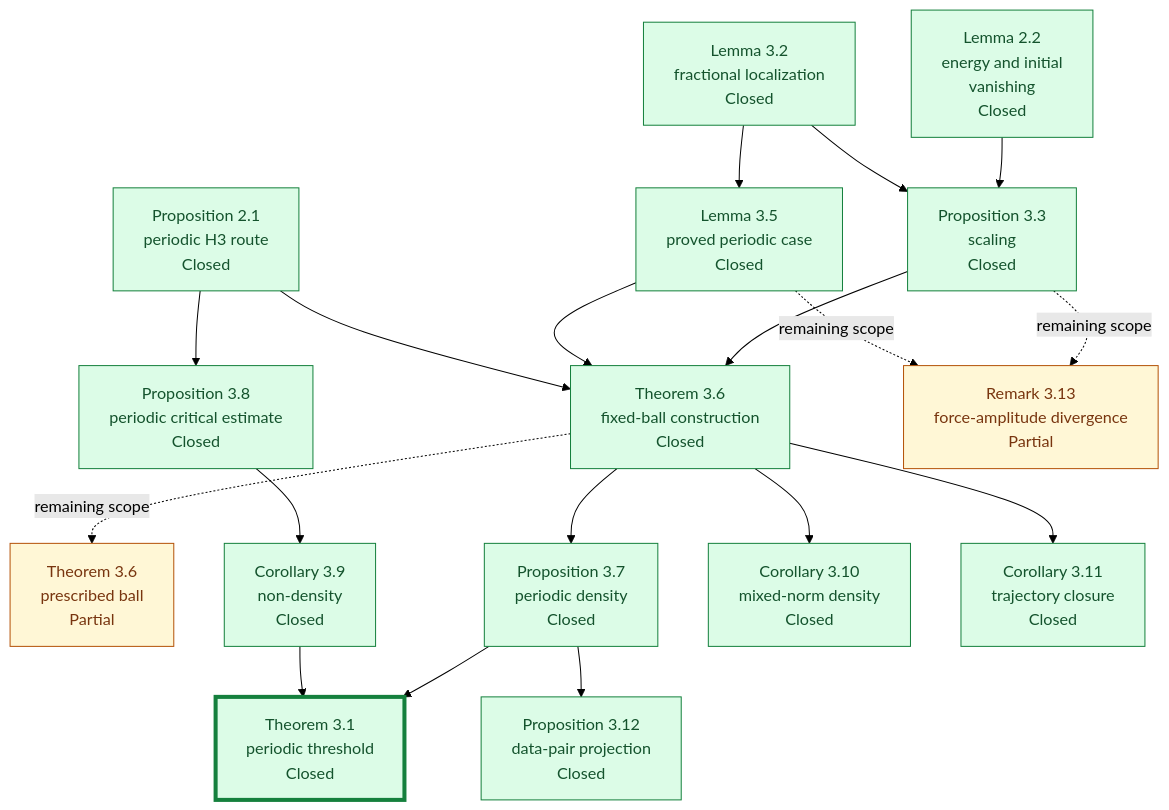
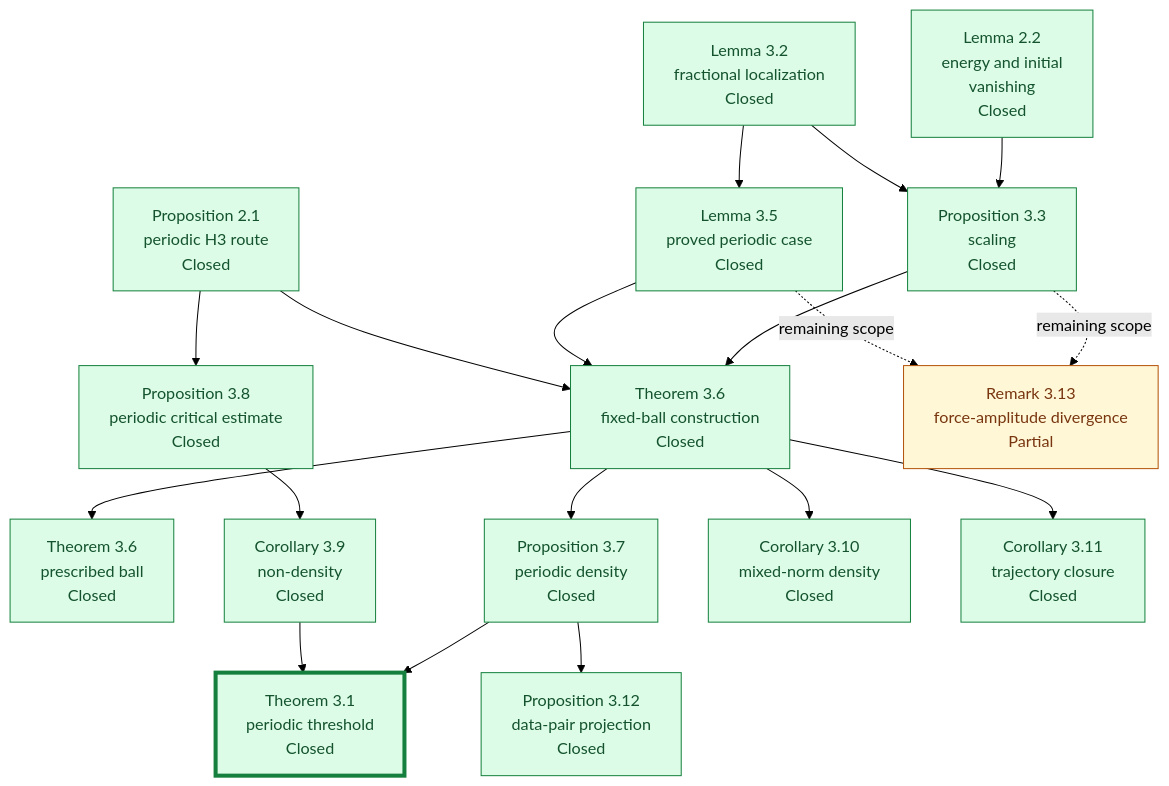
The second of 4 diagrams in formalization/blueprint/DEPENDENCY_GRAPH.md (mathzhuonichi/blowup_density), drawn with Mermaid (forest theme) before and after one commit. The commit also changed other lines of this file and 16 other files, not shown here.

````diff
--- a/formalization/blueprint/DEPENDENCY_GRAPH.md
+++ b/formalization/blueprint/DEPENDENCY_GRAPH.md
@@ -45,41 +45,41 @@
 ```mermaid
 flowchart TD
   E22["Lemma 2.2<br/>energy and initial<br/>vanishing<br/>Closed"]
   L32["Lemma 3.2<br/>fractional localization<br/>Closed"]
   S33["Proposition 3.3<br/>scaling<br/>Closed"]
   C35_T["Lemma 3.5<br/>proved periodic case<br/>Closed"]
   L21T["Proposition 2.1<br/>periodic H3 route<br/>Closed"]
   G36["Theorem 3.6<br/>fixed-ball construction<br/>Closed"]
-  G36_FULL["Theorem 3.6<br/>prescribed ball<br/>Partial"]
+  G36_FULL["Theorem 3.6<br/>prescribed ball<br/>Closed"]
   D37["Proposition 3.7<br/>periodic density<br/>Closed"]
   K38["Proposition 3.8<br/>periodic critical estimate<br/>Closed"]
   N39["Corollary 3.9<br/>non-density<br/>Closed"]
   T31["Theorem 3.1<br/>periodic threshold<br/>Closed"]
   M310["Corollary 3.10<br/>mixed-norm density<br/>Closed"]
   E311["Corollary 3.11<br/>trajectory closure<br/>Closed"]
   P312["Proposition 3.12<br/>data-pair projection<br/>Closed"]
   R313["Remark 3.13<br/>force-amplitude divergence<br/>Partial"]
   E22 --> S33
   L32 --> S33
   L32 --> C35_T
   S33 --> G36
   C35_T --> G36
   L21T --> G36
-  G36 -. remaining scope .-> G36_FULL
+  G36 --> G36_FULL
   G36 --> D37
   L21T --> K38
   K38 --> N39
   D37 --> T31
   N39 --> T31
   G36 --> M310
   G36 --> E311
   D37 --> P312
   S33 -. remaining scope .-> R313
   C35_T -. remaining scope .-> R313
   classDef closed fill:#dcfce7,stroke:#15803d,color:#14532d;
   classDef partial fill:#fff7d6,stroke:#b45309,color:#78350f;
   classDef mainResult stroke-width:4px;
-  class E22,L32,S33,C35_T,L21T,G36,D37,K38,N39,T31,M310,E311,P312 closed;
-  class G36_FULL,R313 partial;
+  class E22,L32,S33,C35_T,L21T,G36,G36_FULL,D37,K38,N39,T31,M310,E311,P312 closed;
+  class R313 partial;
   class T31 mainResult;
 ```
````
